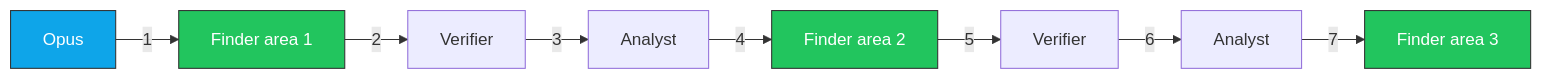
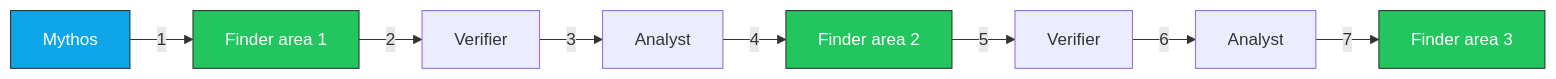
Before and after one commit to prashantkul/anthropic-mythos-on-gcp: the first of 3 diagrams in agentic-harness-parallel/DESIGN.md, drawn with Mermaid. The commit also changed other lines of this file and 3 other files, not shown here.

First line of the commit message:
Replace Opus with Mythos as primary agent throughout docs

````diff
--- a/agentic-harness-parallel/DESIGN.md
+++ b/agentic-harness-parallel/DESIGN.md
@@ -8,15 +8,15 @@
 ```mermaid
 graph LR
-    O[Opus] -->|1| F1[Finder area 1]
+    O[Mythos] -->|1| F1[Finder area 1]
     F1 -->|2| V1[Verifier]
     V1 -->|3| A1[Analyst]
     A1 -->|4| F2[Finder area 2]
     F2 -->|5| V2[Verifier]
     V2 -->|6| A2[Analyst]
     A2 -->|7| F3[Finder area 3]
 
     style O fill:#0ea5e9,stroke:#333,color:#fff
     style F1 fill:#22c55e,stroke:#333,color:#fff
     style F2 fill:#22c55e,stroke:#333,color:#fff
     style F3 fill:#22c55e,stroke:#333,color:#fff
 ```
````
